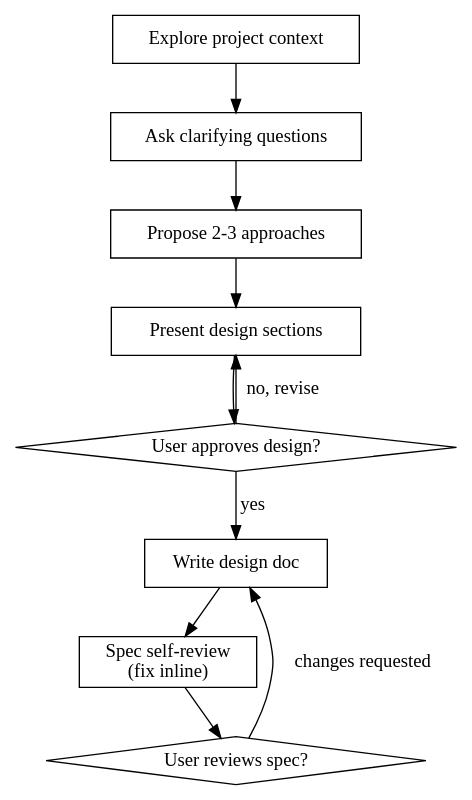
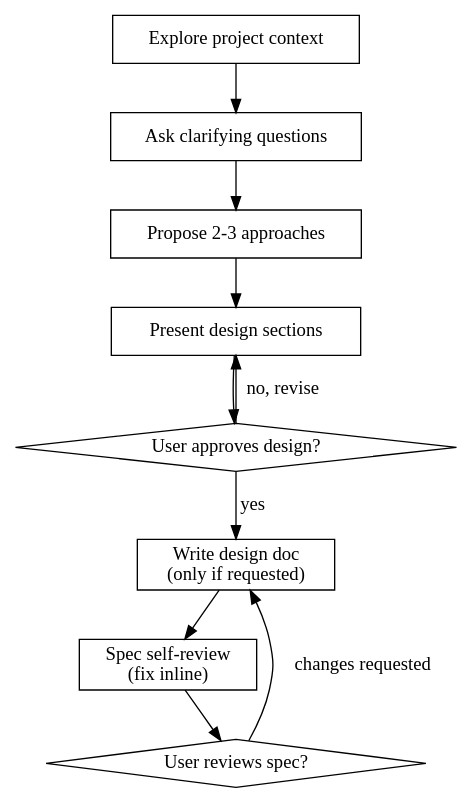
The diagram in .agents/skills/brainstorming/SKILL.md (rezan21/full-stack-fastapi-nextjs), drawn with Graphviz before and after one commit. The commit also changed other lines of this file and 10 other files, not shown here.

````diff
--- a/.agents/skills/brainstorming/SKILL.md
+++ b/.agents/skills/brainstorming/SKILL.md
@@ -35,22 +35,22 @@
 ```dot
 digraph brainstorming {
     "Explore project context" [shape=box];
     "Ask clarifying questions" [shape=box];
     "Propose 2-3 approaches" [shape=box];
     "Present design sections" [shape=box];
     "User approves design?" [shape=diamond];
-    "Write design doc" [shape=box];
+    "Write design doc\n(only if requested)" [shape=box];
     "Spec self-review\n(fix inline)" [shape=box];
     "User reviews spec?" [shape=diamond];
 
     "Explore project context" -> "Ask clarifying questions";
     "Ask clarifying questions" -> "Propose 2-3 approaches";
     "Propose 2-3 approaches" -> "Present design sections";
     "Present design sections" -> "User approves design?";
     "User approves design?" -> "Present design sections" [label="no, revise"];
-    "User approves design?" -> "Write design doc" [label="yes"];
-    "Write design doc" -> "Spec self-review\n(fix inline)";
+    "User approves design?" -> "Write design doc\n(only if requested)" [label="yes"];
+    "Write design doc\n(only if requested)" -> "Spec self-review\n(fix inline)";
     "Spec self-review\n(fix inline)" -> "User reviews spec?";
-    "User reviews spec?" -> "Write design doc" [label="changes requested"];
+    "User reviews spec?" -> "Write design doc\n(only if requested)" [label="changes requested"];
 }
 ```
````
